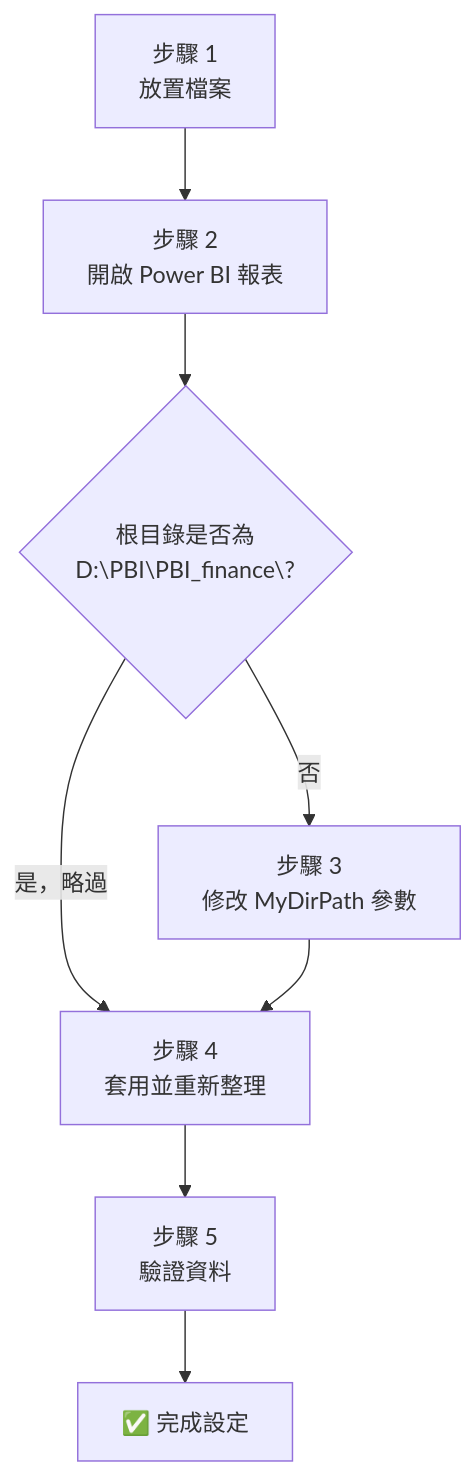
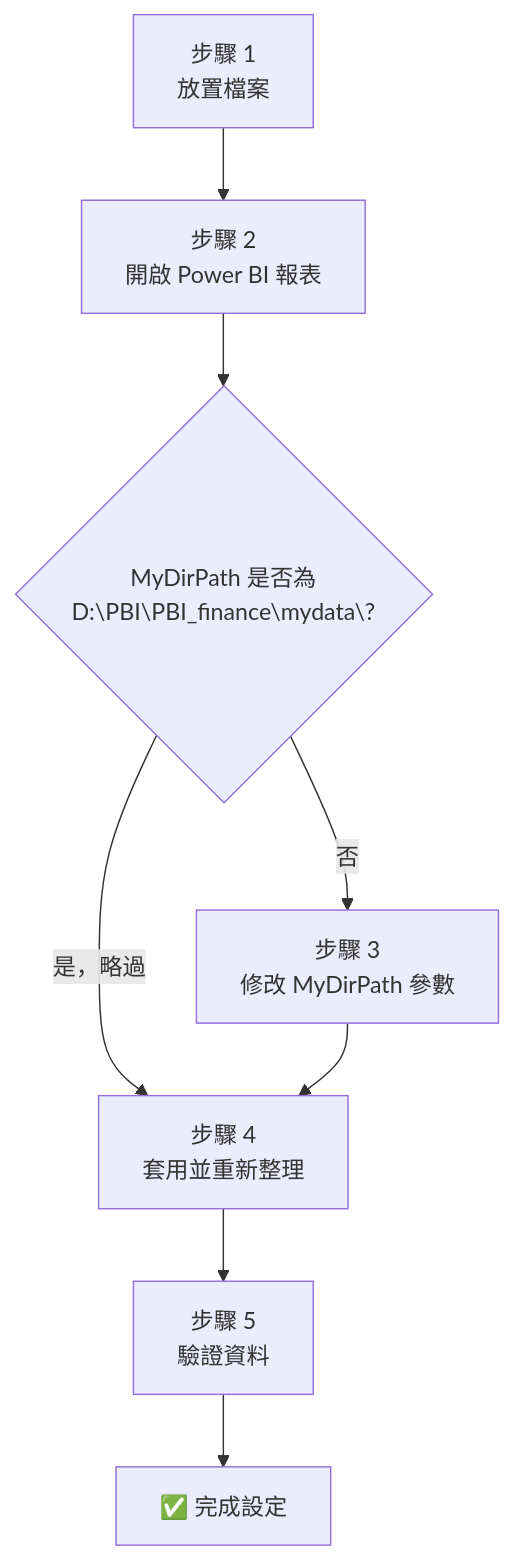
One commit to RogerRJSiao/BI changed the second of 2 diagrams in README.md. Above: the diagram before and after it, drawn with Mermaid. The commit also changed other lines of this file, not shown here.

Commit message:
docs(BI-finance): correct directory used in PQ variable

````diff
--- a/README.md
+++ b/README.md
@@ -106,10 +106,10 @@
 ```mermaid
 flowchart TD
     S1["步驟 1\n放置檔案"] --> S2["步驟 2\n開啟 Power BI 報表"]
-    S2 --> S3{"根目錄是否為\nD:\PBI\PBI_finance\?"}
+    S2 --> S3{"MyDirPath 是否為\nD:\PBI\PBI_finance\mydata\?"}
     S3 -- 是，略過 --> S4["步驟 4\n套用並重新整理"]
     S3 -- 否 --> S3b["步驟 3\n修改 MyDirPath 參數"]
     S3b --> S4
     S4 --> S5["步驟 5\n驗證資料"]
     S5 --> END["✅ 完成設定"]
 ```
````
